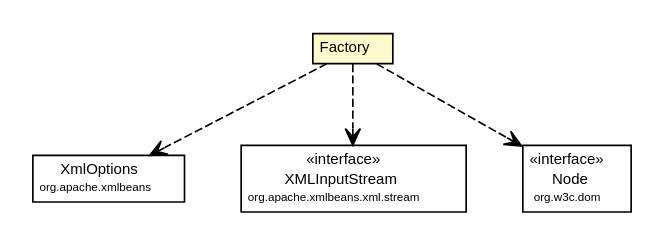
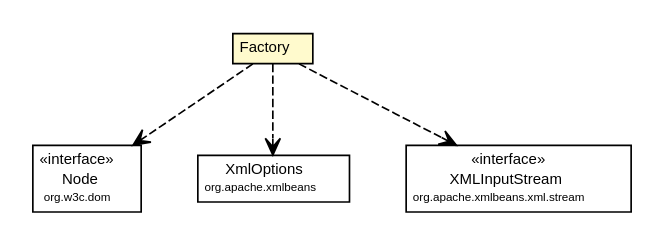
Before and after one commit to synchronoss/cpo-util: the diagram in site/apidocs/org/synchronoss/cpo/util/cpoUtilConfig/CpoUtilConfigDocument.Factory.dot, drawn with Graphviz. The commit also changed 304 other files, not shown here.

Commit message:
Creating site for cpoUtil, 5.1.1-SNAPSHOT

```diff
--- a/site/apidocs/org/synchronoss/cpo/util/cpoUtilConfig/CpoUtilConfigDocument.Factory.dot
+++ b/site/apidocs/org/synchronoss/cpo/util/cpoUtilConfig/CpoUtilConfigDocument.Factory.dot
@@ -1,45 +1,45 @@
 #!/usr/local/bin/dot
 #
 # Class diagram 
 # Generated by UmlGraph version 4.6 (http://www.spinellis.gr/sw/umlgraph)
 #
 
 digraph G {
 	edge [fontname="Helvetica",fontsize=10,labelfontname="Helvetica",labelfontsize=10];
 	node [fontname="Helvetica",fontsize=10,shape=plaintext];
 	// org.synchronoss.cpo.util.cpoUtilConfig.CpoUtilConfigDocument.Factory
 	c4841 [label=<<table border="0" cellborder="1" cellspacing="0" cellpadding="2" port="p" bgcolor="lemonChiffon" href="./CpoUtilConfigDocument.Factory.html">
 		<tr><td><table border="0" cellspacing="0" cellpadding="1">
 			<tr><td> Factory </td></tr>
 		</table></td></tr>
 		</table>>, fontname="Helvetica", fontcolor="black", fontsize=9.0];
+	// org.synchronoss.cpo.util.cpoUtilConfig.CpoUtilConfigDocument.Factory DEPEND org.w3c.dom.Node
+	c4841:p -> c4856:p [taillabel="", label="", headlabel="", fontname="Helvetica", fontcolor="black", fontsize=10.0, color="black", arrowhead=open, style=dashed];
 	// org.synchronoss.cpo.util.cpoUtilConfig.CpoUtilConfigDocument.Factory DEPEND org.apache.xmlbeans.XmlOptions
-	c4841:p -> c4856:p [taillabel="", label="", headlabel="", fontname="Helvetica", fontcolor="black", fontsize=10.0, color="black", arrowhead=open, style=dashed];
+	c4841:p -> c4857:p [taillabel="", label="", headlabel="", fontname="Helvetica", fontcolor="black", fontsize=10.0, color="black", arrowhead=open, style=dashed];
 	// org.synchronoss.cpo.util.cpoUtilConfig.CpoUtilConfigDocument.Factory DEPEND org.apache.xmlbeans.xml.stream.XMLInputStream
-	c4841:p -> c4857:p [taillabel="", label="", headlabel="", fontname="Helvetica", fontcolor="black", fontsize=10.0, color="black", arrowhead=open, style=dashed];
-	// org.synchronoss.cpo.util.cpoUtilConfig.CpoUtilConfigDocument.Factory DEPEND org.w3c.dom.Node
 	c4841:p -> c4858:p [taillabel="", label="", headlabel="", fontname="Helvetica", fontcolor="black", fontsize=10.0, color="black", arrowhead=open, style=dashed];
 	// org.apache.xmlbeans.xml.stream.XMLInputStream
-	c4857 [label=<<table border="0" cellborder="1" cellspacing="0" cellpadding="2" port="p" href="http://java.sun.com/j2se/1.4.2/docs/api/org/apache/xmlbeans/xml/stream/XMLInputStream.html">
+	c4858 [label=<<table border="0" cellborder="1" cellspacing="0" cellpadding="2" port="p" href="http://java.sun.com/j2se/1.4.2/docs/api/org/apache/xmlbeans/xml/stream/XMLInputStream.html">
 		<tr><td><table border="0" cellspacing="0" cellpadding="1">
 			<tr><td> &laquo;interface&raquo; </td></tr>
 			<tr><td> XMLInputStream </td></tr>
 			<tr><td><font point-size="7.0"> org.apache.xmlbeans.xml.stream </font></td></tr>
 		</table></td></tr>
 		</table>>, fontname="Helvetica", fontcolor="black", fontsize=9.0];
 	// org.w3c.dom.Node
-	c4858 [label=<<table border="0" cellborder="1" cellspacing="0" cellpadding="2" port="p" href="http://java.sun.com/j2se/1.4.2/docs/api/org/w3c/dom/Node.html">
+	c4856 [label=<<table border="0" cellborder="1" cellspacing="0" cellpadding="2" port="p" href="http://java.sun.com/j2se/1.4.2/docs/api/org/w3c/dom/Node.html">
 		<tr><td><table border="0" cellspacing="0" cellpadding="1">
 			<tr><td> &laquo;interface&raquo; </td></tr>
 			<tr><td> Node </td></tr>
 			<tr><td><font point-size="7.0"> org.w3c.dom </font></td></tr>
 		</table></td></tr>
 		</table>>, fontname="Helvetica", fontcolor="black", fontsize=9.0];
 	// org.apache.xmlbeans.XmlOptions
-	c4856 [label=<<table border="0" cellborder="1" cellspacing="0" cellpadding="2" port="p" href="http://java.sun.com/j2se/1.4.2/docs/api/org/apache/xmlbeans/XmlOptions.html">
+	c4857 [label=<<table border="0" cellborder="1" cellspacing="0" cellpadding="2" port="p" href="http://java.sun.com/j2se/1.4.2/docs/api/org/apache/xmlbeans/XmlOptions.html">
 		<tr><td><table border="0" cellspacing="0" cellpadding="1">
 			<tr><td> XmlOptions </td></tr>
 			<tr><td><font point-size="7.0"> org.apache.xmlbeans </font></td></tr>
 		</table></td></tr>
 		</table>>, fontname="Helvetica", fontcolor="black", fontsize=9.0];
 }
```
